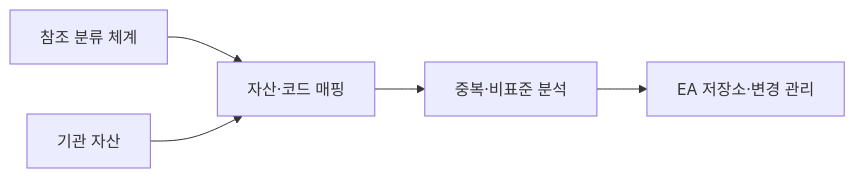
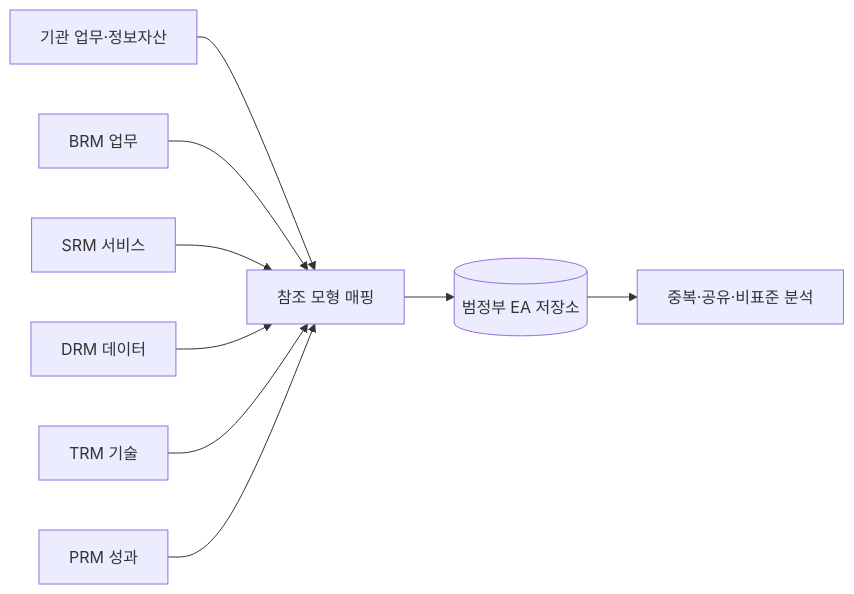
The first of 2 diagrams in src/content/docs/notes/03-software/190_government_ea_trm_drm.md (agnusdei1207/knowledge-base), drawn with Mermaid before and after one commit. The commit also changed other lines of this file and 7 other files, not shown here.

````diff
--- a/src/content/docs/notes/03-software/190_government_ea_trm_drm.md
+++ b/src/content/docs/notes/03-software/190_government_ea_trm_drm.md
@@ -54,7 +51,11 @@
 ```mermaid
 flowchart LR
-    A[참조 분류 체계] --> C[자산·코드 매핑]
-    B[기관 자산] --> C
-    C --> D[중복·비표준 분석]
-    D --> E[EA 저장소·변경 관리]
+    A[기관 업무·정보자산] --> M[참조 모형 매핑]
+    B[BRM 업무] --> M
+    S[SRM 서비스] --> M
+    D[DRM 데이터] --> M
+    T[TRM 기술] --> M
+    P[PRM 성과] --> M
+    M --> R[(범정부 EA 저장소)]
+    R --> X[중복·공유·비표준 분석]
 ```
````
